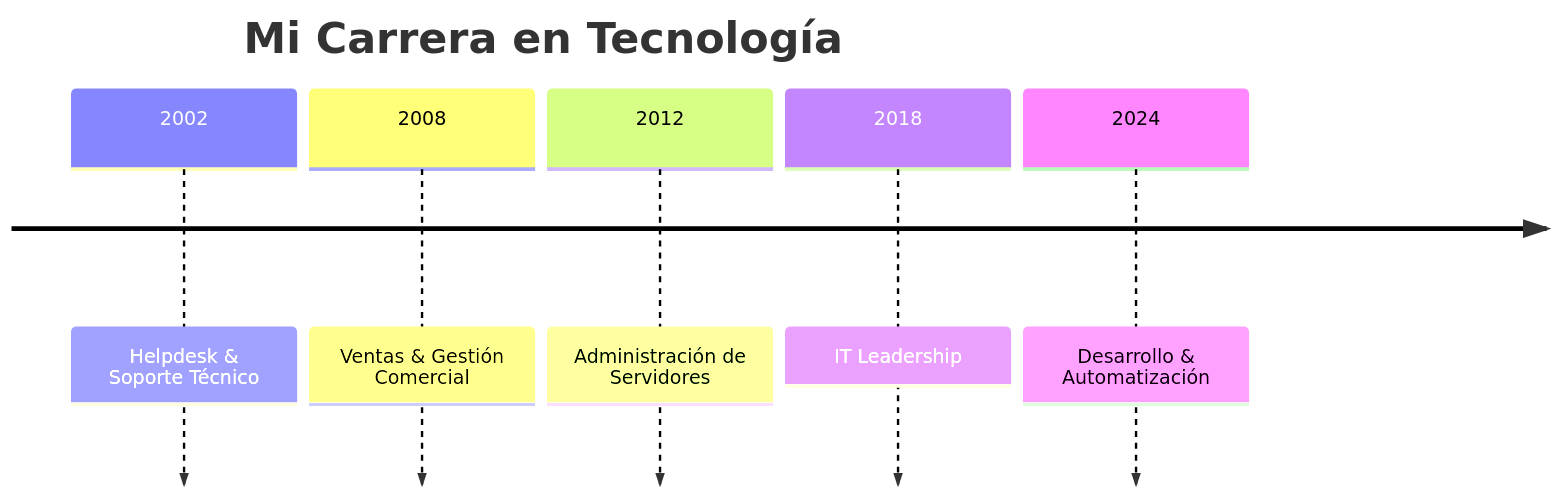
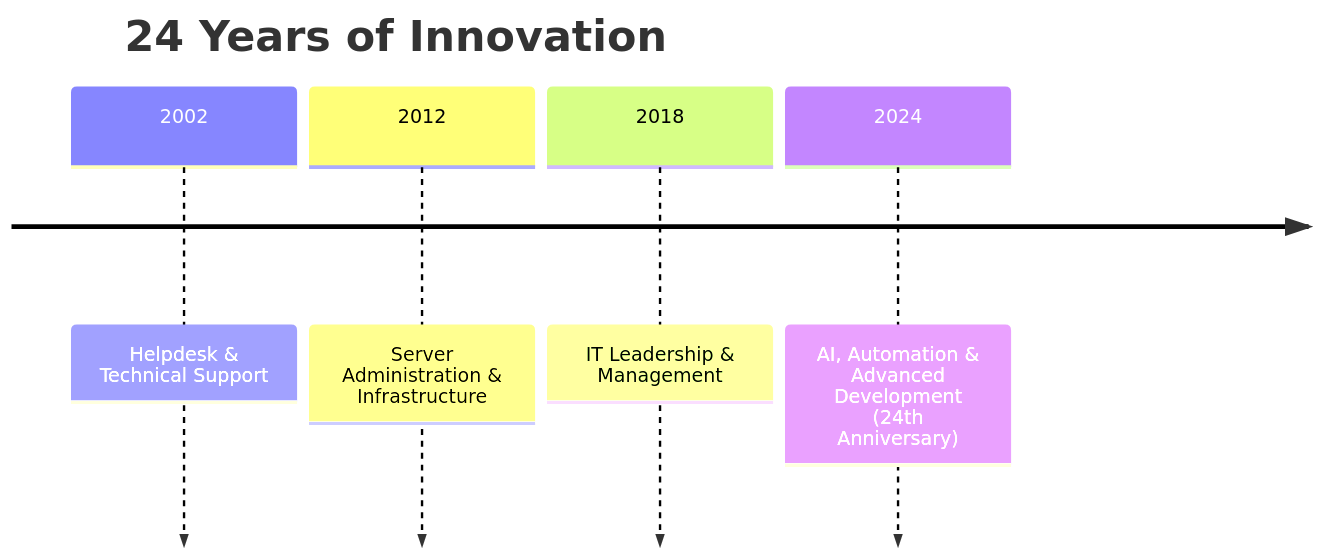
One commit to MrFabioArias/MrFabioArias changed the diagram in README.md. Above: the diagram before and after it, drawn with Mermaid. The commit also changed other lines of this file, not shown here.

Commit message:
Update profile to Cyberpunk theme (24 years XP, Bilingual, Trophies)

````diff
--- a/README.md
+++ b/README.md
@@ -23,9 +65,8 @@
 ```mermaid
 timeline
-    title Mi Carrera en Tecnología
-    2002 : Helpdesk & Soporte Técnico
-    2008 : Ventas & Gestión Comercial
-    2012 : Administración de Servidores
-    2018 : IT Leadership
-    2024 : Desarrollo & Automatización
+    title 24 Years of Innovation
+    2002 : Helpdesk & Technical Support
+    2012 : Server Administration & Infrastructure
+    2018 : IT Leadership & Management
+    2024 : AI, Automation & Advanced Development (24th Anniversary)
 ```
````
